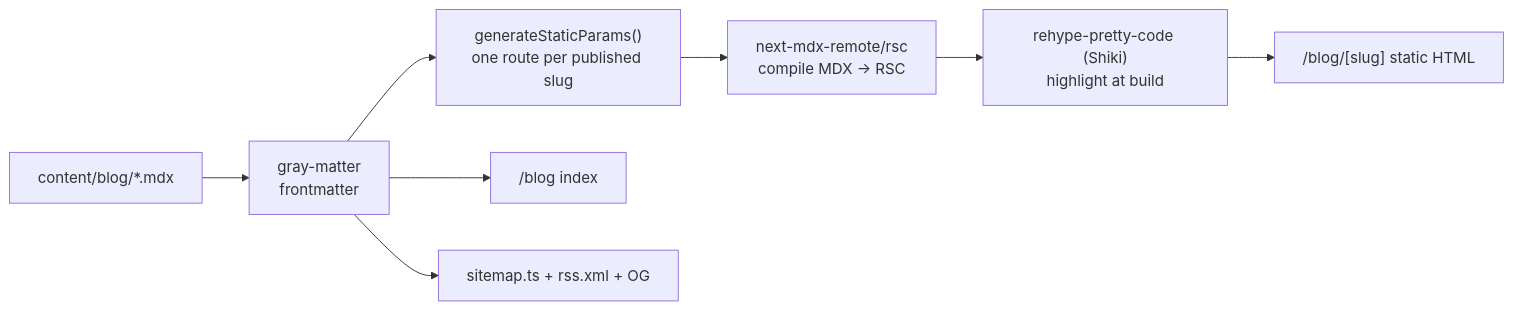
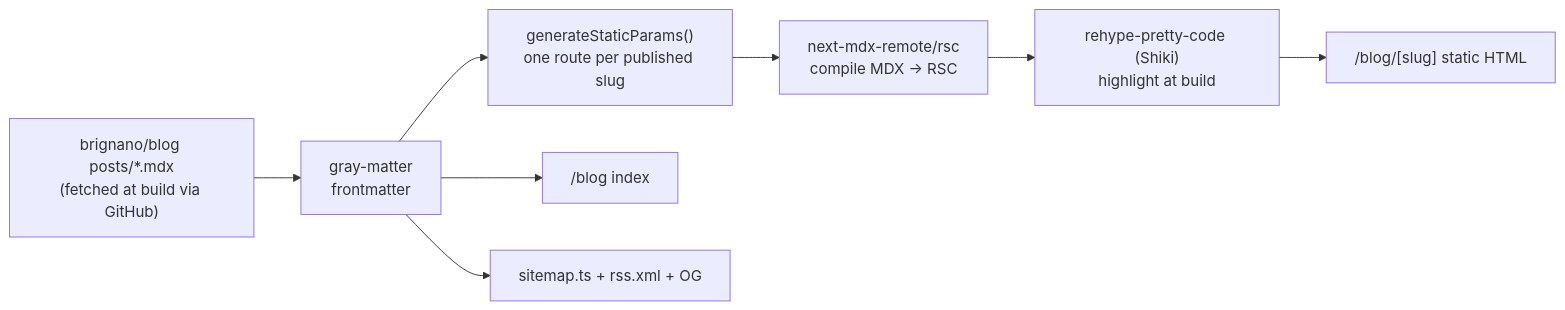
Before and after one commit to brignano/brignano.io: the first of 3 diagrams in docs/tsd-blog.md, drawn with Mermaid. The commit also changed other lines of this file, not shown here.

First line of the commit message:
docs(blog): externalize content to private brignano/blog with idea catalog

````diff
--- a/docs/tsd-blog.md
+++ b/docs/tsd-blog.md
@@ -86,10 +96,10 @@
 ```mermaid
 flowchart LR
-    A["content/blog/*.mdx"] --> B["gray-matter<br/>frontmatter"]
+    A["brignano/blog posts/*.mdx<br/>(fetched at build via GitHub)"] --> B["gray-matter<br/>frontmatter"]
     B --> C["generateStaticParams()<br/>one route per published slug"]
     C --> D["next-mdx-remote/rsc<br/>compile MDX → RSC"]
     D --> E["rehype-pretty-code (Shiki)<br/>highlight at build"]
     E --> F["/blog/[slug] static HTML"]
     B --> G["/blog index"]
     B --> H["sitemap.ts + rss.xml + OG"]
 ```
````
